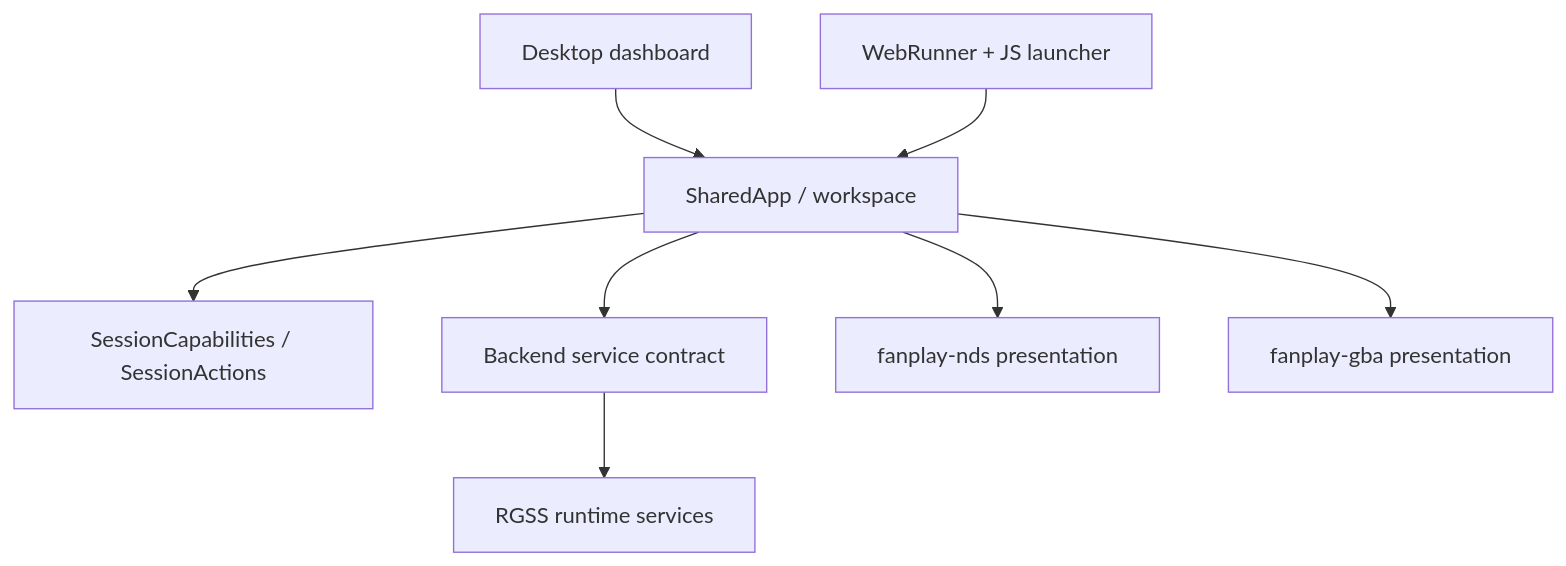
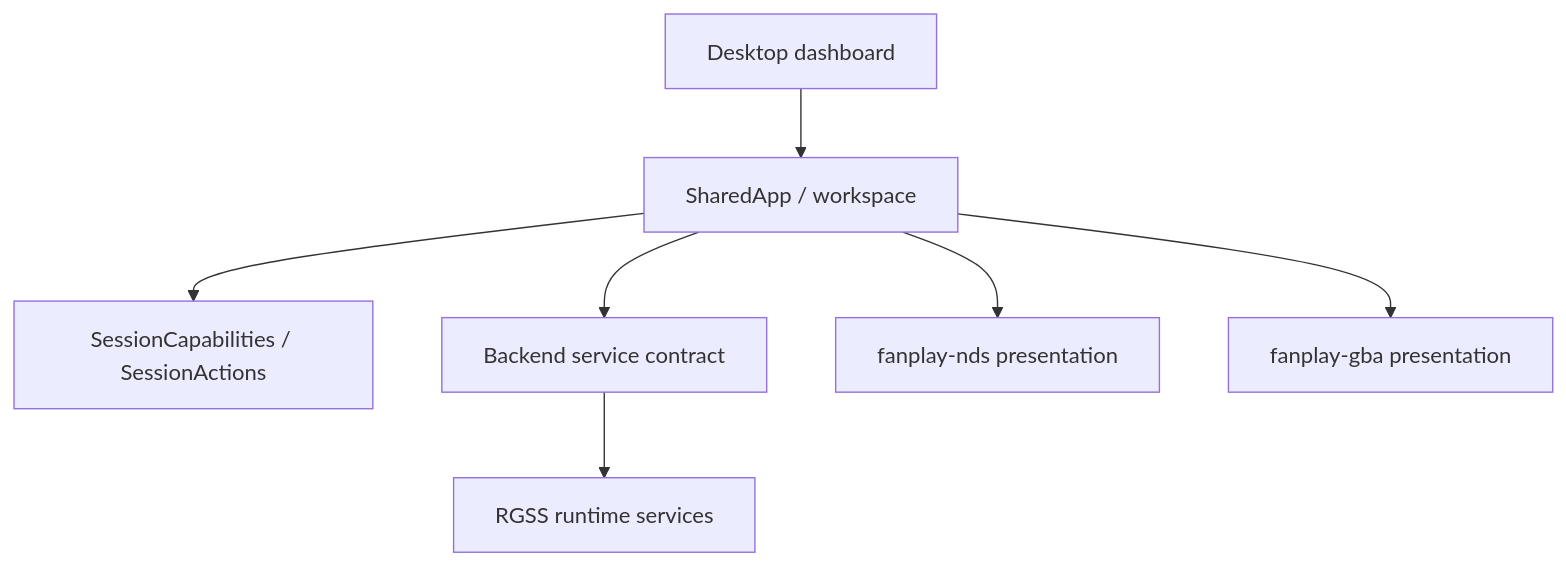
Before and after one commit to Rucadi/rsxp: the diagram in docs/shared-frontend.md, drawn with Mermaid. The commit also changed other lines of this file and 123 other files, not shown here.

````diff
--- a/docs/shared-frontend.md
+++ b/docs/shared-frontend.md
@@ -8,10 +8,9 @@
 ```mermaid
 flowchart TD
     Native[Desktop dashboard] --> App[SharedApp / workspace]
-    Web[WebRunner + JS launcher] --> App
     App --> Session[SessionCapabilities / SessionActions]
     App --> Services[Backend service contract]
     App --> DS[fanplay-nds presentation]
     App --> GBA[fanplay-gba presentation]
     Services --> RGSS[RGSS runtime services]
 ```
````
